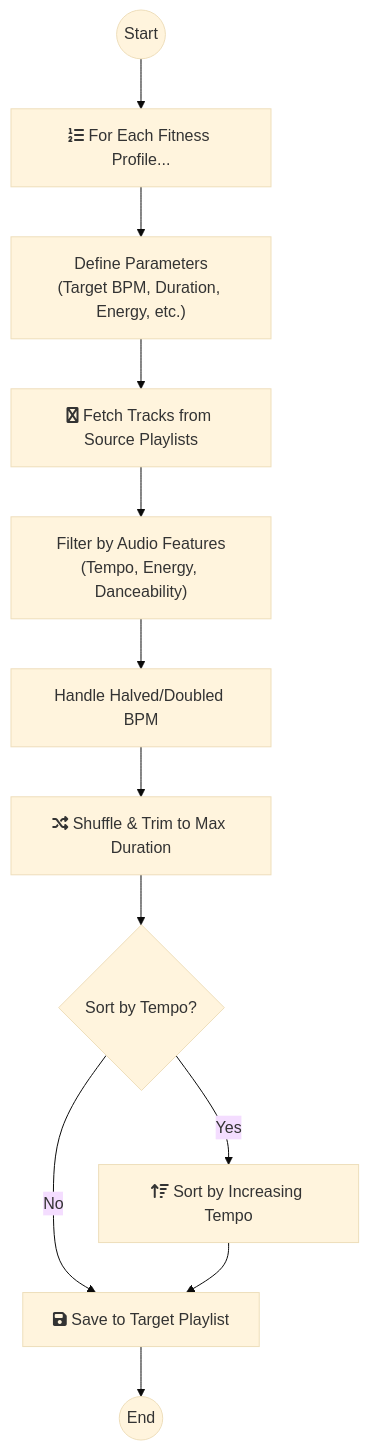
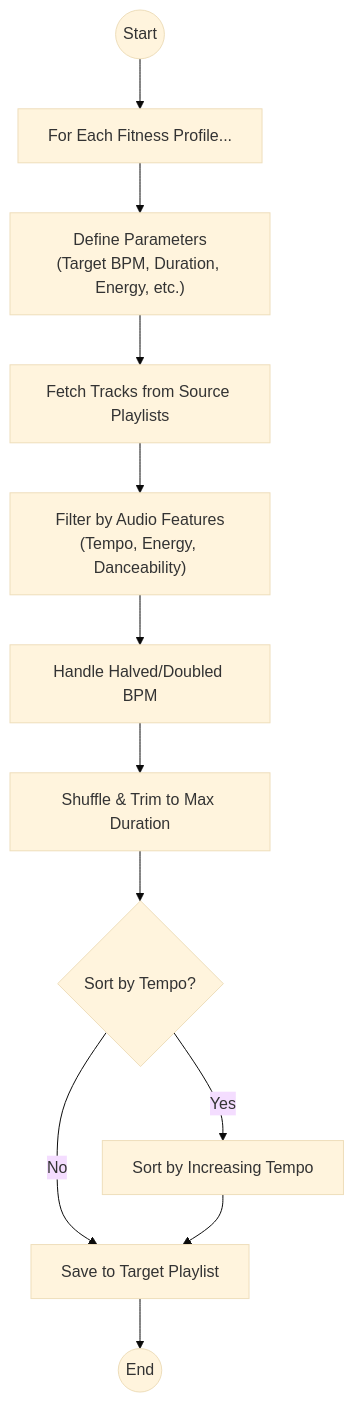
The fourth of 7 diagrams in README.md (froggeric/gas-spotify-automation), drawn with Mermaid (base theme) before and after one commit. The commit also changed other lines of this file, not shown here.

````diff
--- a/README.md
+++ b/README.md
@@ -112,14 +112,14 @@
 ```mermaid
 graph TD
-    A((Start)) --> B["fa:fa-list-ol For Each Fitness Profile..."];
+    A((Start)) --> B["For Each Fitness Profile..."];
     B --> C["Define Parameters<br/>(Target BPM, Duration, Energy, etc.)"];
-    C --> D["fa:fa-spotify Fetch Tracks from Source Playlists"];
+    C --> D["Fetch Tracks from Source Playlists"];
     D --> E["Filter by Audio Features<br/>(Tempo, Energy, Danceability)"];
     E --> F["Handle Halved/Doubled BPM"];
-    F --> G["fa:fa-random Shuffle & Trim to Max Duration"];
+    F --> G["Shuffle & Trim to Max Duration"];
     G --> H{Sort by Tempo?};
-    H -- Yes --> I["fa:fa-sort-amount-up Sort by Increasing Tempo"];
+    H -- Yes --> I["Sort by Increasing Tempo"];
     H -- No --> J;
-    I --> J["fa:fa-save Save to Target Playlist"];
+    I --> J["Save to Target Playlist"];
     J --> K((End));
 ```
````
